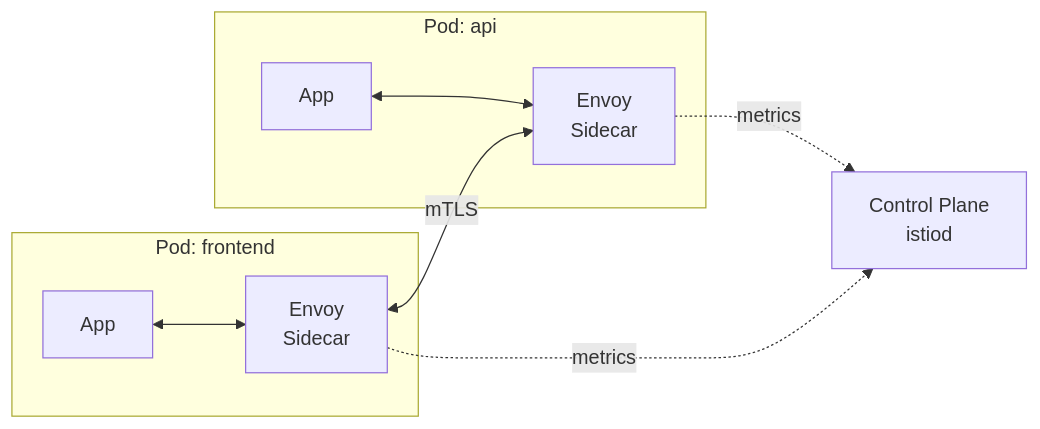
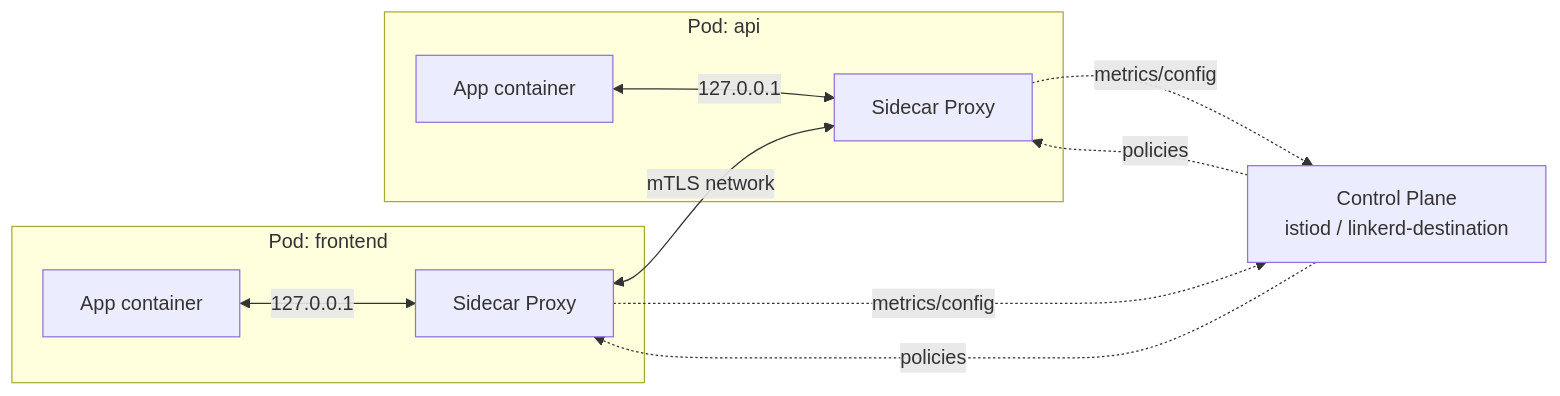
One commit to swallowsaba/introduction-k8s changed the second of 11 diagrams in docs/12-advanced/service-mesh.md. Above: the diagram before and after it, drawn with Mermaid. The commit also changed other lines of this file and 5 other files, not shown here.

````diff
--- a/docs/12-advanced/service-mesh.md
+++ b/docs/12-advanced/service-mesh.md
@@ -29,12 +101,18 @@
 ```mermaid
 flowchart LR
     subgraph Pod1[Pod: frontend]
-        app1[App] <--> sc1[Envoy<br>Sidecar]
+        app1[App container]
+        sc1[Sidecar Proxy]
+        app1 <-->|127.0.0.1| sc1
     end
     subgraph Pod2[Pod: api]
-        app2[App] <--> sc2[Envoy<br>Sidecar]
+        app2[App container]
+        sc2[Sidecar Proxy]
+        app2 <-->|127.0.0.1| sc2
     end
-    sc1 <-->|mTLS| sc2
-    sc1 -.metrics.-> control[Control Plane<br>istiod]
-    sc2 -.metrics.-> control
+    sc1 <-->|mTLS network| sc2
+    sc1 -.metrics/config.-> control[Control Plane<br>istiod / linkerd-destination]
+    sc2 -.metrics/config.-> control
+    control -.policies.-> sc1
+    control -.policies.-> sc2
 ```
````
